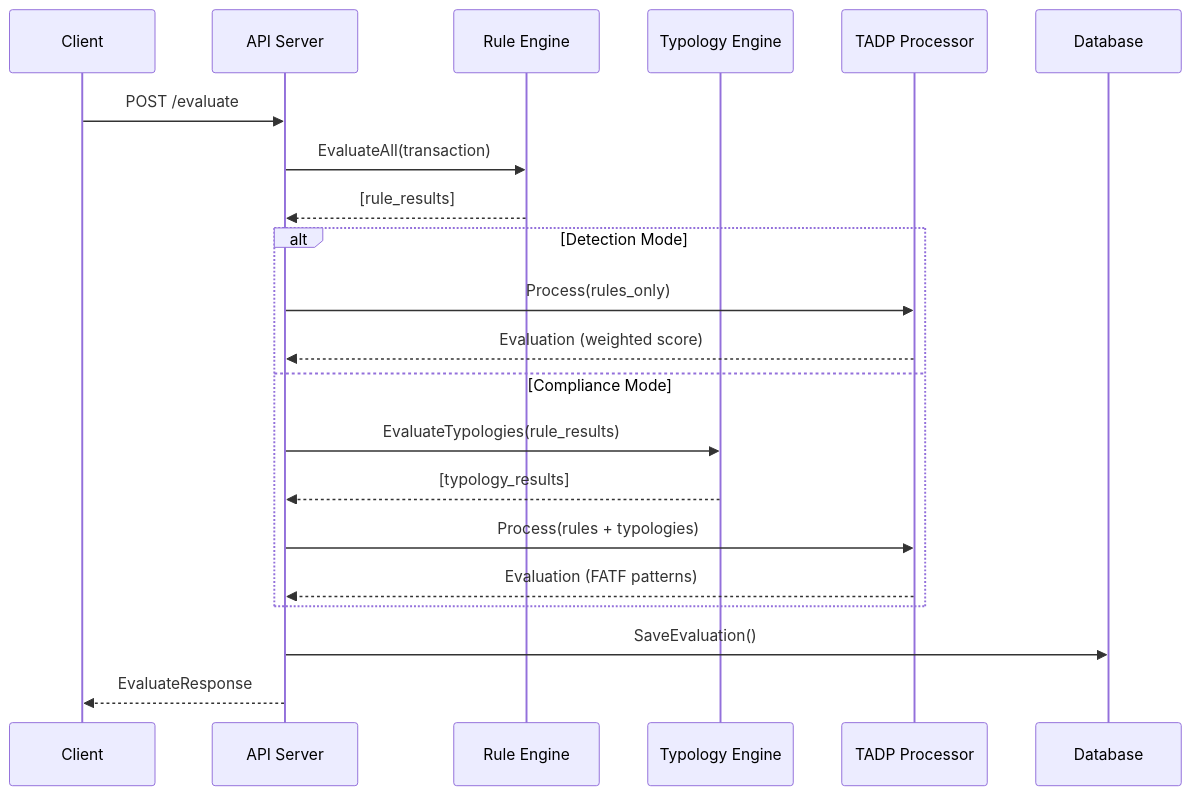
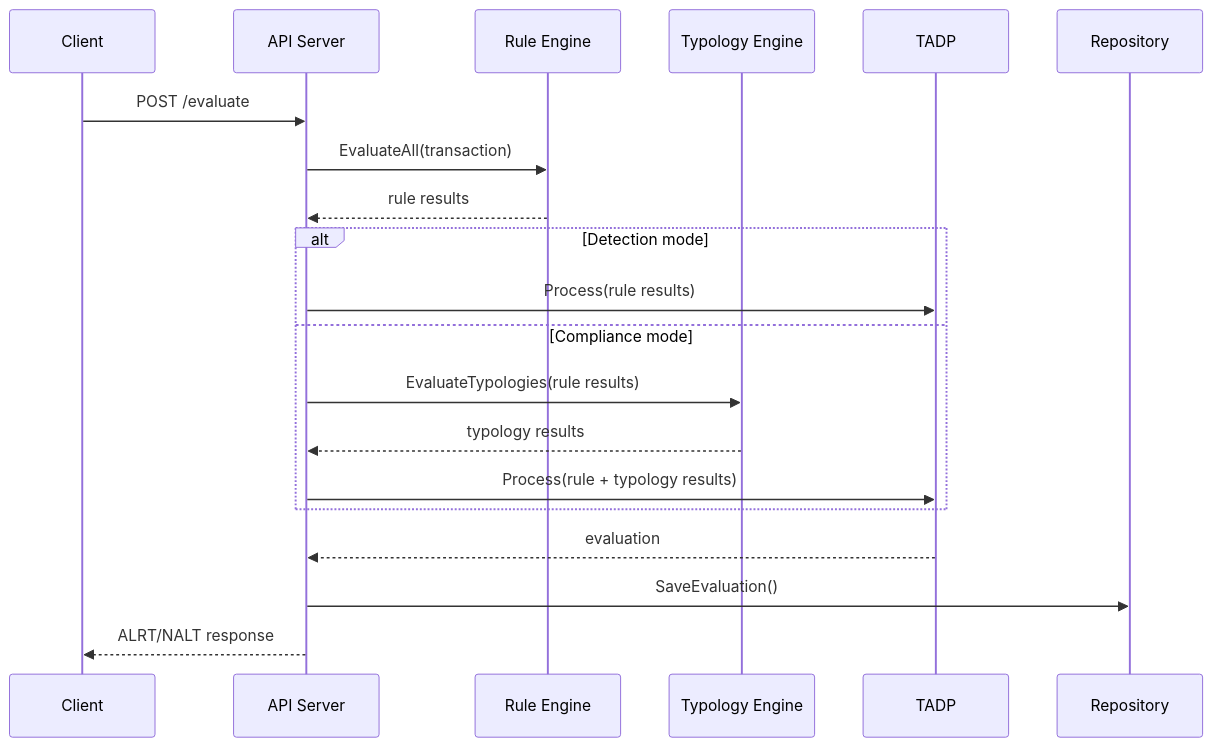
The diagram in docs/ARCHITECTURE.md (opensource-finance/osprey), drawn with Mermaid before and after one commit. The commit also changed other lines of this file and 12 other files, not shown here.

First line of the commit message:
feat: enhance compliance mode handling and testing

````diff
--- a/docs/ARCHITECTURE.md
+++ b/docs/ARCHITECTURE.md
@@ -133,26 +63,25 @@
 ```mermaid
 sequenceDiagram
     participant C as Client
     participant API as API Server
     participant R as Rule Engine
     participant T as Typology Engine
-    participant P as TADP Processor
-    participant DB as Database
+    participant P as TADP
+    participant DB as Repository
 
     C->>API: POST /evaluate
     API->>R: EvaluateAll(transaction)
-    R-->>API: [rule_results]
+    R-->>API: rule results
 
-    alt Detection Mode
-        API->>P: Process(rules_only)
-        P-->>API: Evaluation (weighted score)
-    else Compliance Mode
-        API->>T: EvaluateTypologies(rule_results)
-        T-->>API: [typology_results]
-        API->>P: Process(rules + typologies)
-        P-->>API: Evaluation (FATF patterns)
+    alt Detection mode
+        API->>P: Process(rule results)
+    else Compliance mode
+        API->>T: EvaluateTypologies(rule results)
+        T-->>API: typology results
+        API->>P: Process(rule + typology results)
     end
 
+    P-->>API: evaluation
     API->>DB: SaveEvaluation()
-    API-->>C: EvaluateResponse
+    API-->>C: ALRT/NALT response
 ```
````
